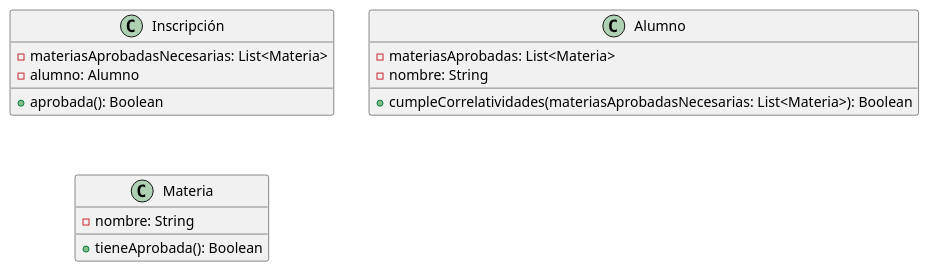
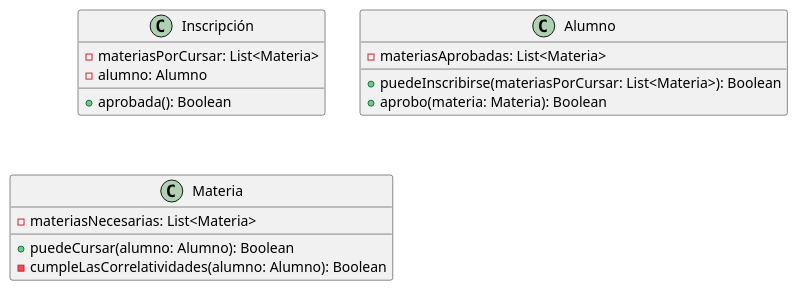
Before and after one commit to valenosa/PracticasDDS: the diagram in diagramaDeClases.puml, drawn with PlantUML.

Commit message:
Planteamiento de comportamiento y estado para las clases Esto se llevó a cabo pensando la lógica del programa desde una abstracción de alto nivel cnetrada en maximizar el encapsulamiento y la correcta delegación de responsabilidades.

```diff
--- a/diagramaDeClases.puml
+++ b/diagramaDeClases.puml
@@ -1,20 +1,23 @@
 @startuml
 
 class Inscripción{
-+ aprobada(): Boolean /'Representa la aprobación de la inscripción en sí. La inscripción está aprobada si el alumno cumple las correlatividades'/
-- materiasAprobadasNecesarias: List<Materia> /'Por el momento el sistema está limitado a que las correlativas sean solo por aprobación (es decir, no hay dos tipos de correlativas (aprobación y cursada)).'/
++ aprobada(): Boolean /'Representa la aprobación de la inscripción en sí. La inscripción está aprobada si el Alumno puedeInscribirse'/
+- materiasPorCursar: List<Materia>
 - alumno: Alumno
 }
 
 class Alumno{
-+ cumpleCorrelatividades(materiasAprobadasNecesarias: List<Materia>): Boolean /'¿Cómo sé si cumple las correlatividades para anotarse a esas materias? Necesito saber si el alumno aprobó la materia.'/
++ puedeInscribirse(materiasPorCursar: List<Materia>): Boolean /'El Alumno puedeInscribirse si puedeCursar cada Materia'/
 - materiasAprobadas: List<Materia>
-- nombre: String
+'- nombre: String
++ aprobo(materia: Materia): Boolean /'El Alumno aprobó la materia si forma parte de sus materiasAprobadas'/
 }
 
 class Materia{
-+ tieneAprobada(): Boolean
-- nombre: String
+- materiasNecesarias: List<Materia>
++ puedeCursar(alumno: Alumno): Boolean /'El Alumno puedeCursar la Materia si cumpleLasCorrelatividades()'/
+- cumpleLasCorrelatividades(alumno: Alumno): Boolean /'El Alumno cumple cumpleLasCorrelatividades si aprobo las materiasNecesarias'/
+'- nombre: String
 }
 
 @enduml
```
